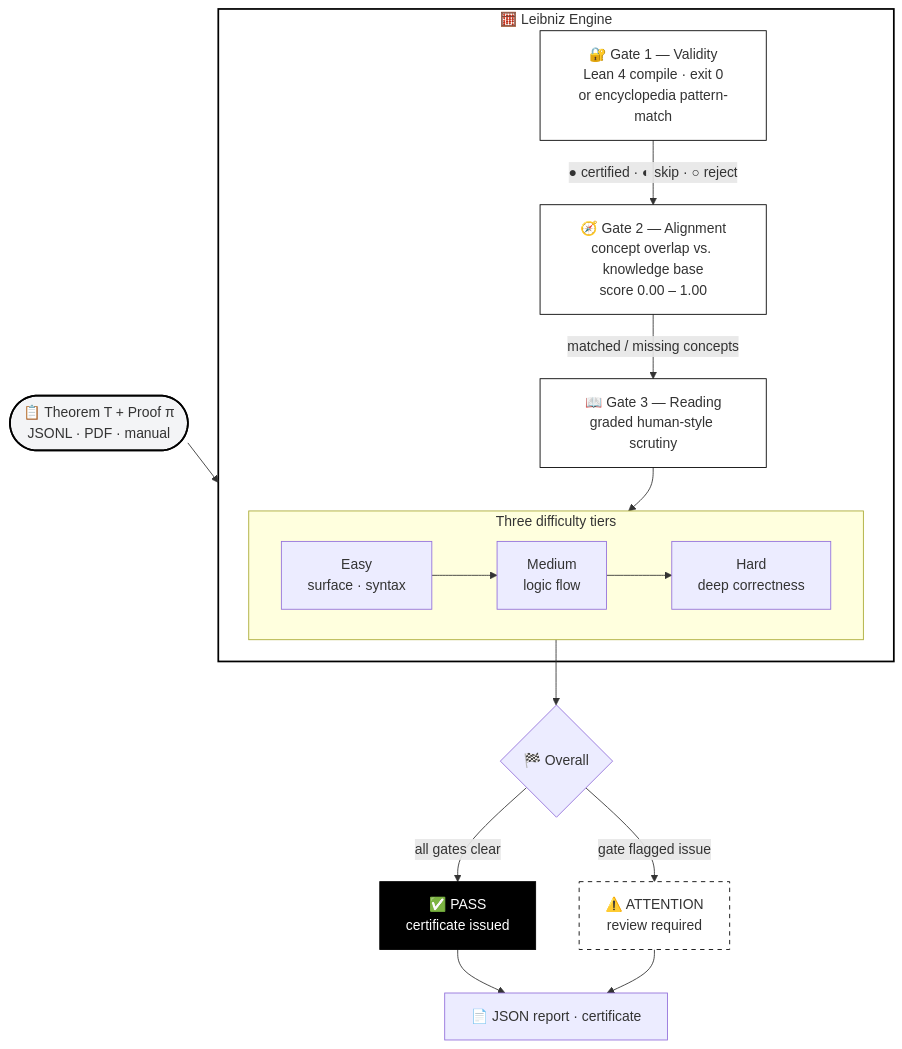
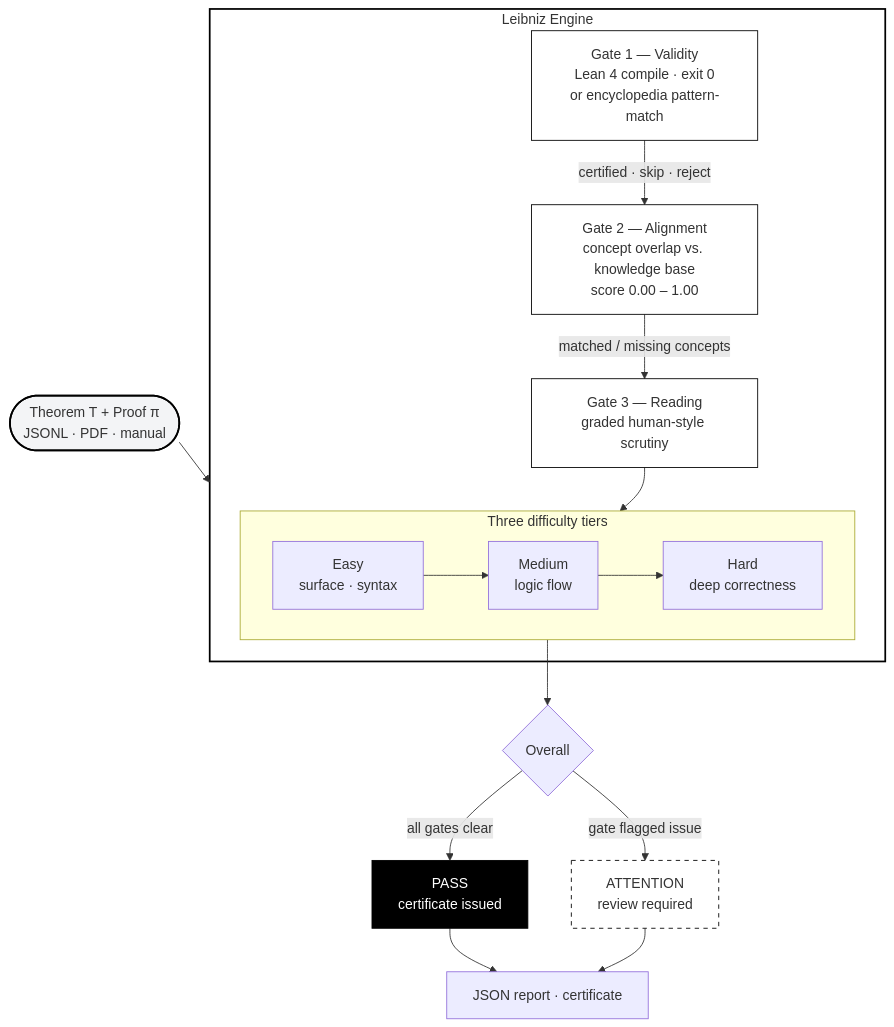
Before and after one commit to twomathematicians-code/leibniz: the first of 2 diagrams in README.md, drawn with Mermaid. The commit also changed other lines of this file, not shown here.

````diff
--- a/README.md
+++ b/README.md
@@ -165,36 +170,36 @@
 ```mermaid
 flowchart TD
-    Input([📋 Theorem T + Proof π<br/>JSONL · PDF · manual]) --> Engine
+    Input([Theorem T + Proof π<br/>JSONL · PDF · manual]) --> Engine
 
-    subgraph Engine[🧮 Leibniz Engine]
-        G1[🔐 Gate 1 — Validity<br/>Lean 4 compile · exit 0<br/>or encyclopedia pattern-match]
-        G2[🧭 Gate 2 — Alignment<br/>concept overlap vs. knowledge base<br/>score 0.00 – 1.00]
-        G3[📖 Gate 3 — Reading<br/>graded human-style scrutiny]
+    subgraph Engine[Leibniz Engine]
+        G1[Gate 1 — Validity<br/>Lean 4 compile · exit 0<br/>or encyclopedia pattern-match]
+        G2[Gate 2 — Alignment<br/>concept overlap vs. knowledge base<br/>score 0.00 – 1.00]
+        G3[Gate 3 — Reading<br/>graded human-style scrutiny]
 
-        G1 -->|● certified · ◐ skip · ○ reject| G2
+        G1 -->|certified · skip · reject| G2
         G2 -->|matched / missing concepts| G3
 
         subgraph G3Tiers[Three difficulty tiers]
             T1[Easy<br/>surface · syntax]
             T2[Medium<br/>logic flow]
             T3[Hard<br/>deep correctness]
             T1 --> T2 --> T3
         end
         G3 --> G3Tiers
     end
 
-    G3Tiers --> Verdict{🏁 Overall}
-    Verdict -->|all gates clear| Pass[✅ PASS<br/>certificate issued]
-    Verdict -->|gate flagged issue| Attn[⚠️ ATTENTION<br/>review required]
+    G3Tiers --> Verdict{Overall}
+    Verdict -->|all gates clear| Pass[PASS<br/>certificate issued]
+    Verdict -->|gate flagged issue| Attn[ATTENTION<br/>review required]
 
-    Pass --> Report[📄 JSON report · certificate]
+    Pass --> Report[JSON report · certificate]
     Attn --> Report
 
     style Input fill:#f3f4f6,stroke:#000,stroke-width:2px
     style Engine fill:#ffffff,stroke:#000,stroke-width:2px
     style G1 fill:#ffffff,stroke:#000,stroke-width:1px
     style G2 fill:#ffffff,stroke:#000,stroke-width:1px
     style G3 fill:#ffffff,stroke:#000,stroke-width:1px
     style Pass fill:#000,stroke:#000,color:#fff
     style Attn fill:#fff,stroke:#000,stroke-dasharray: 5 5
 ```
````
